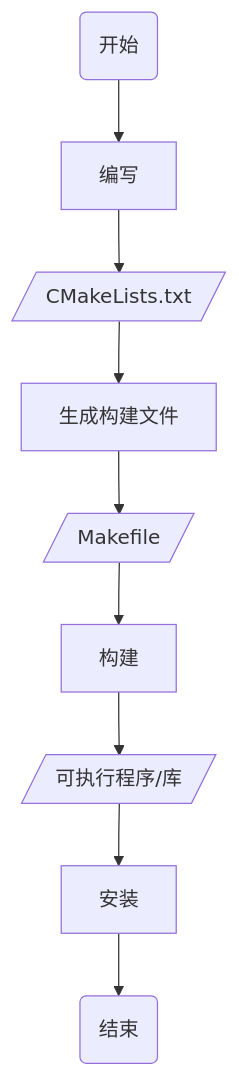
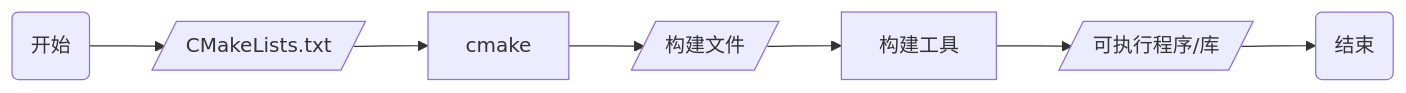
The first of 9 diagrams in _posts/software/build_tool/cmake/2024-10-22-使用.md (dmjcb/dmjcb.github.io), drawn with Mermaid before and after one commit. The commit also changed other lines of this file and 24 other files, not shown here.

````diff
--- a/_posts/software/build_tool/cmake/2024-10-22-使用.md
+++ b/_posts/software/build_tool/cmake/2024-10-22-使用.md
@@ -53,4 +49,4 @@
 ```mermaid
-graph TB
-    S(开始)-->A[编写]--> A1[/CMakeLists.txt/]--> B[生成构建文件]-->B1[/Makefile/]-->C[构建]--> C1[/可执行程序/库/]-->D[安装]-->F(结束)
+graph LR;
+    S(开始)-->A1[/CMakeLists.txt/]--> B[cmake]-->B1[/构建文件/]-->C[构建工具]--> C1[/可执行程序/库/]-->F(结束)
 ```
````
